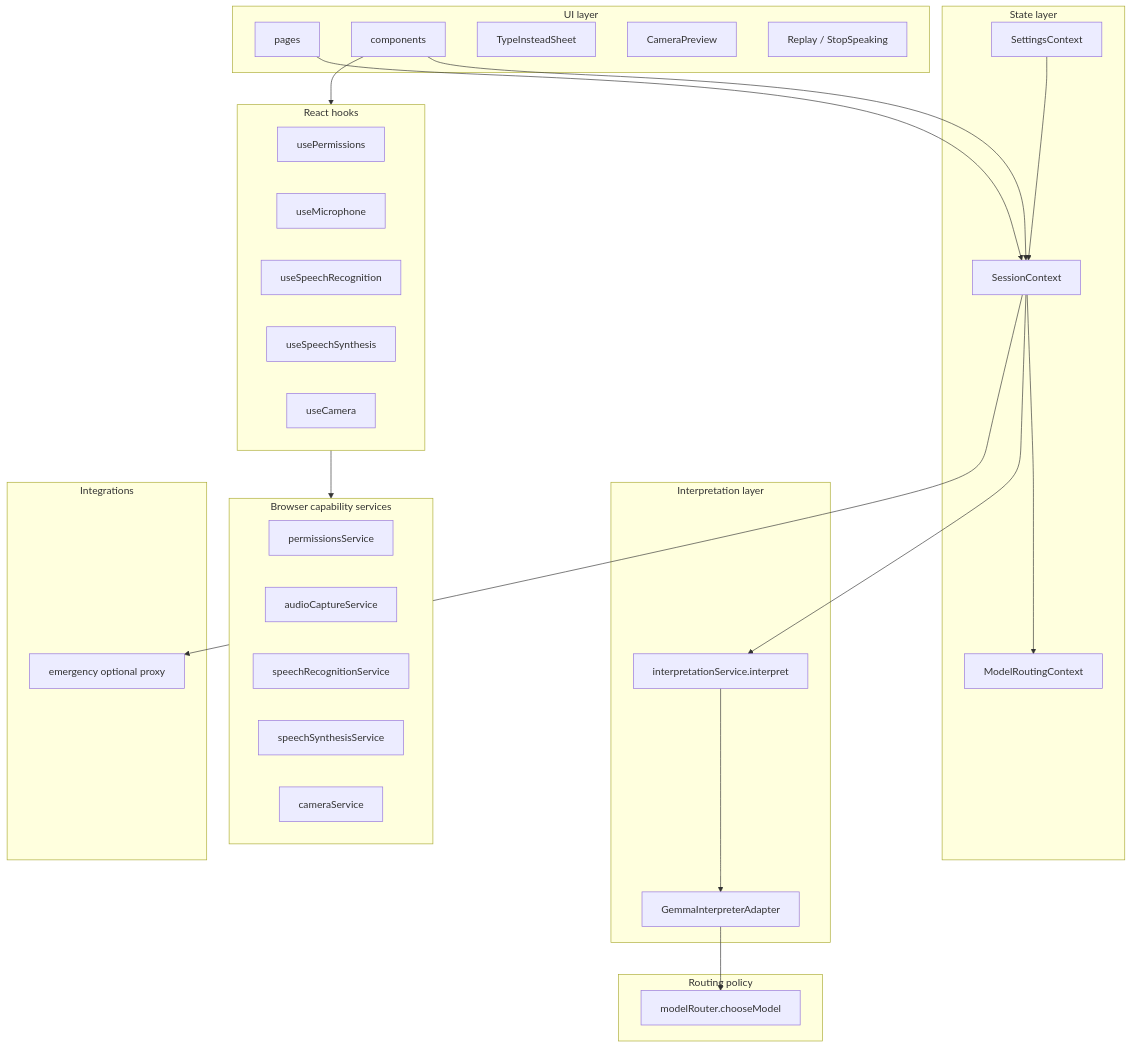
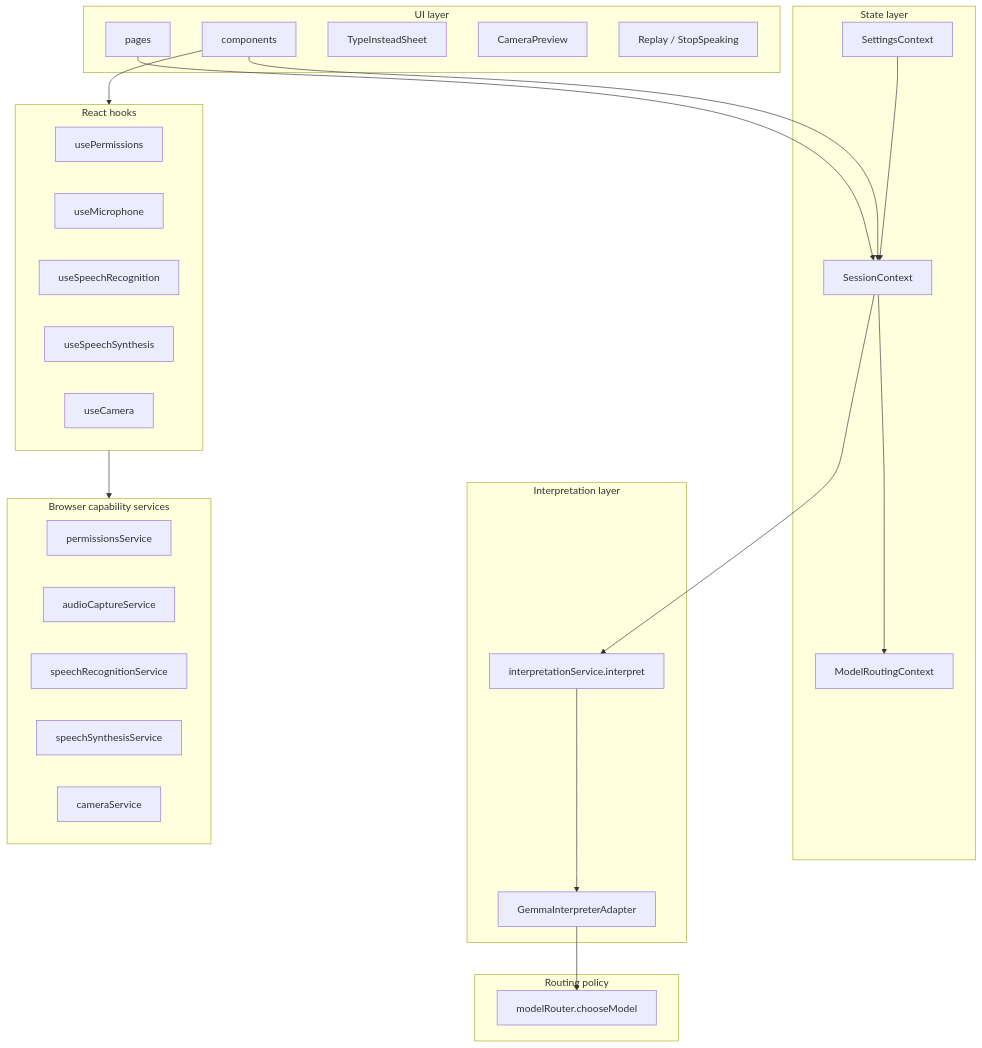
Before and after one commit to Manoj7ar/Relay: the diagram in docs/ARCHITECTURE.md, drawn with Mermaid. The commit also changed other lines of this file and 37 other files, not shown here.

````diff
--- a/docs/ARCHITECTURE.md
+++ b/docs/ARCHITECTURE.md
@@ -15,50 +15,46 @@
 ```mermaid
 flowchart TB
   subgraph ui [UI layer]
     Pages[pages]
     Components[components]
     TypeSheet[TypeInsteadSheet]
     CamPreview[CameraPreview]
     Replay[Replay / StopSpeaking]
   end
   subgraph hooks [React hooks]
     usePerm[usePermissions]
     useMic[useMicrophone]
     useSTT[useSpeechRecognition]
     useTTS[useSpeechSynthesis]
     useCam[useCamera]
   end
   subgraph state [State layer]
     Session[SessionContext]
     RoutingCtx[ModelRoutingContext]
     Settings[SettingsContext]
   end
   subgraph interp [Interpretation layer]
     ISvc[interpretationService.interpret]
     GemmaAdapter[GemmaInterpreterAdapter]
   end
   subgraph browser [Browser capability services]
     PermSvc[permissionsService]
     AudioSvc[audioCaptureService]
     STTSvc[speechRecognitionService]
     TTSSvc[speechSynthesisService]
     CamSvc[cameraService]
   end
   subgraph routing [Routing policy]
     Router[modelRouter.chooseModel]
   end
-  subgraph integrations [Integrations]
-    Emergency[emergency optional proxy]
-  end
 
   Pages --> Session
   Components --> Session
   Components --> hooks
   hooks --> browser
   Session --> ISvc
   ISvc --> GemmaAdapter
   GemmaAdapter --> Router
   Session --> RoutingCtx
   Settings --> Session
-  Session --> Emergency
 ```
````
